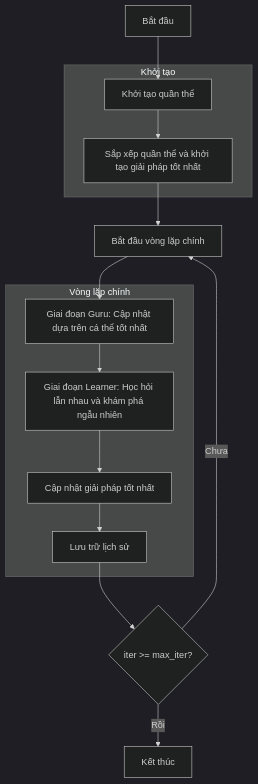
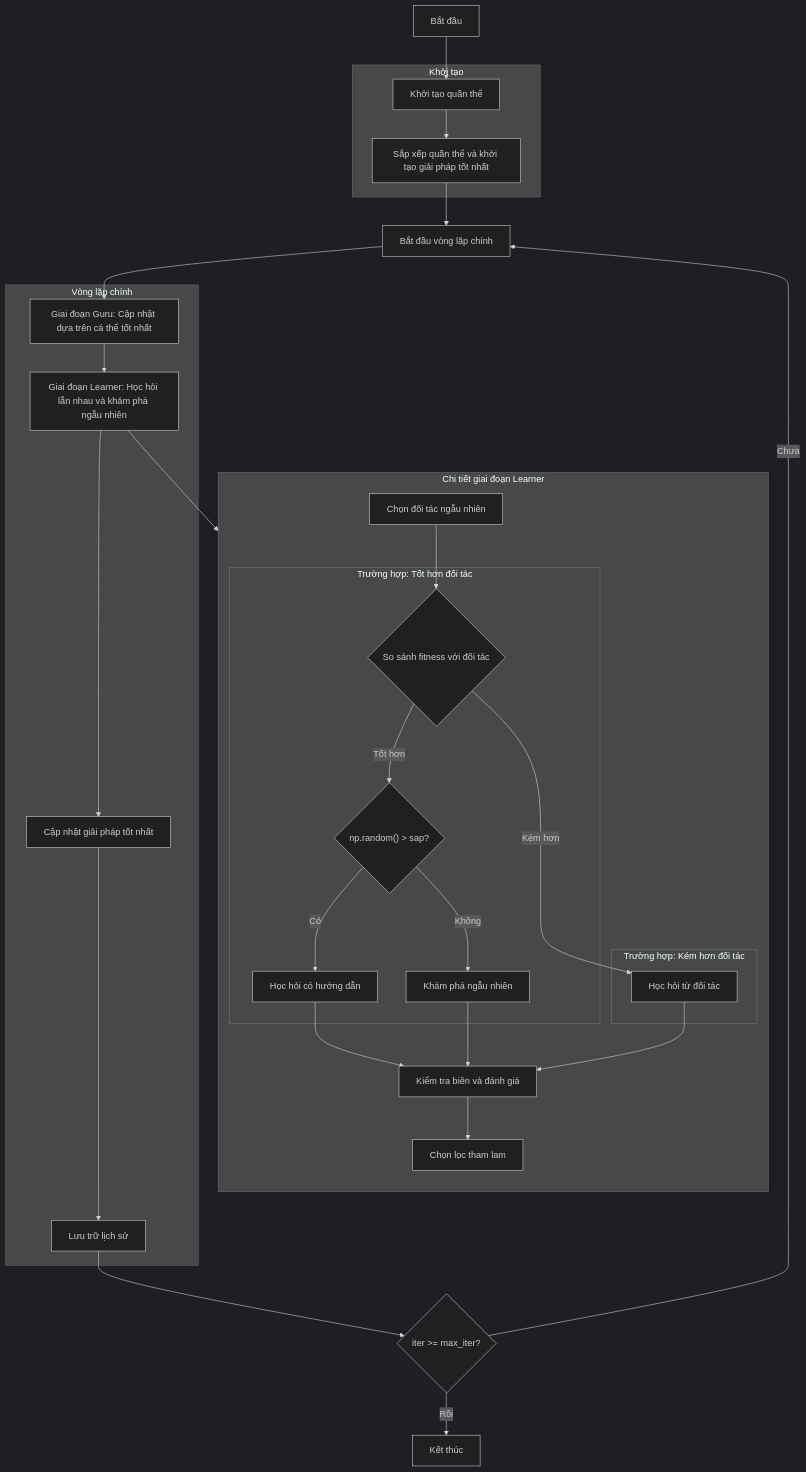
Before and after one commit to phn1712002/LibraryOptimizer: the diagram in docs/flowcharts/modifiedsocialgroup_optimizer-flowchart.md, drawn with Mermaid (dark theme). The commit also changed other lines of this file and 1 other file, not shown here.

Commit message:
Expand Learner phase details in Modified Social Group Optimizer flowchart

````diff
--- a/docs/flowcharts/modifiedsocialgroup_optimizer-flowchart.md
+++ b/docs/flowcharts/modifiedsocialgroup_optimizer-flowchart.md
@@ -3,25 +3,47 @@
 ```mermaid
 flowchart TD
     A["Bắt đầu"] --> B["Khởi tạo quần thể"]
     B --> C["Sắp xếp quần thể và khởi tạo giải pháp tốt nhất"]
     C --> D["Bắt đầu vòng lặp chính"]
     D --> E["Giai đoạn Guru: Cập nhật dựa trên cá thể tốt nhất"]
     E --> F["Giai đoạn Learner: Học hỏi lẫn nhau và khám phá ngẫu nhiên"]
+    F --> F1
+    subgraph F_Learner["Chi tiết giai đoạn Learner"]
+        direction TB
+        F1["Chọn đối tác ngẫu nhiên"]
+        F1 --> F2{"So sánh fitness với đối tác"}
+        
+        subgraph F_Tốt_hơn["Trường hợp: Tốt hơn đối tác"]
+            F2 -- "Tốt hơn" --> F3{"np.random() > sap?"}
+            F3 -- "Có" --> F4["Học hỏi có hướng dẫn"]
+            F3 -- "Không" --> F5["Khám phá ngẫu nhiên"]
+        end
+        
+        subgraph F_Kém_hơn["Trường hợp: Kém hơn đối tác"]
+            F2 -- "Kém hơn" --> F6["Học hỏi từ đối tác"]
+        end
+        
+        F4 --> F7["Kiểm tra biên và đánh giá"]
+        F5 --> F7
+        F6 --> F7
+        F7 --> F8["Chọn lọc tham lam"]
+    end
+    
     F --> G["Cập nhật giải pháp tốt nhất"]
     G --> H["Lưu trữ lịch sử"]
     H --> I{"iter >= max_iter?"}
     I -- "Chưa" --> D
     I -- "Rồi" --> J["Kết thúc"]
     
-    subgraph Khởi tạo
-    B
-    C
+    subgraph Khởi_tạo["Khởi tạo"]
+        B
+        C
     end
     
-    subgraph Vòng lặp chính
-    E
-    F
-    G
-    H
+    subgraph Vòng_lặp_chính["Vòng lặp chính"]
+        E
+        F
+        G
+        H
     end
 ```
````
